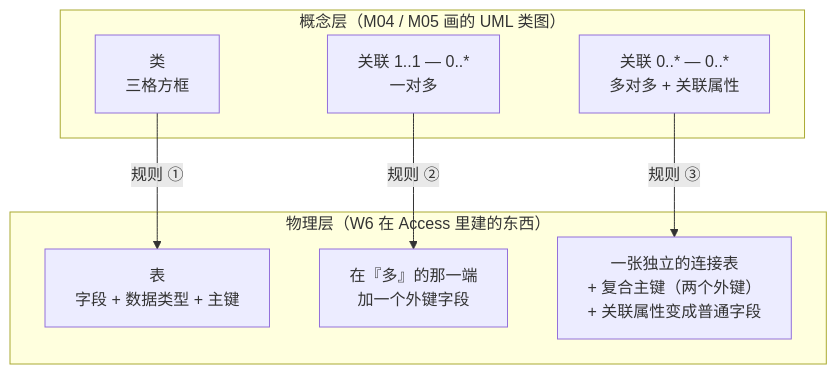
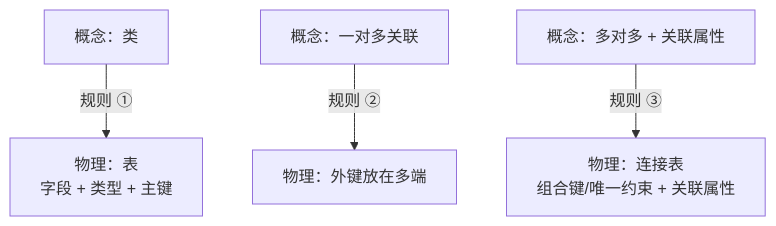
One commit to CercaTrovato/cityu-ai-course-notes changed diagram 16 of 18 in AC6761_Artificial_Intelligence_Accounting/notes/M06-ACCESS数据库构建与查询.md. Above: the diagram before and after it, drawn with Mermaid. The commit also changed other lines of this file and 224 other files, not shown here.

First line of the commit message:
完善五门课图文可读性并更新仓库首页

````diff
--- a/AC6761_Artificial_Intelligence_Accounting/notes/M06-ACCESS数据库构建与查询.md
+++ b/AC6761_Artificial_Intelligence_Accounting/notes/M06-ACCESS数据库构建与查询.md
@@ -4780,16 +5572,6 @@
 ```mermaid
 flowchart TD
-    subgraph CM["概念层（M04 / M05 画的 UML 类图）"]
-        C1["类<br/>三格方框"]
-        C2["关联 1..1 — 0..*<br/>一对多"]
-        C3["关联 0..* — 0..*<br/>多对多 + 关联属性"]
-    end
-    subgraph PM["物理层（W6 在 Access 里建的东西）"]
-        P1["表<br/>字段 + 数据类型 + 主键"]
-        P2["在『多』的那一端<br/>加一个外键字段"]
-        P3["一张独立的连接表<br/>+ 复合主键（两个外键）<br/>+ 关联属性变成普通字段"]
-    end
-    C1 -->|"规则 ①"| P1
-    C2 -->|"规则 ②"| P2
-    C3 -->|"规则 ③"| P3
+    C1["概念：类"] -->|"规则 ①"| P1["物理：表<br/>字段 + 类型 + 主键"]
+    C2["概念：一对多关联"] -->|"规则 ②"| P2["物理：外键放在多端"]
+    C3["概念：多对多 + 关联属性"] -->|"规则 ③"| P3["物理：连接表<br/>组合键/唯一约束 + 关联属性"]
 ```
````
